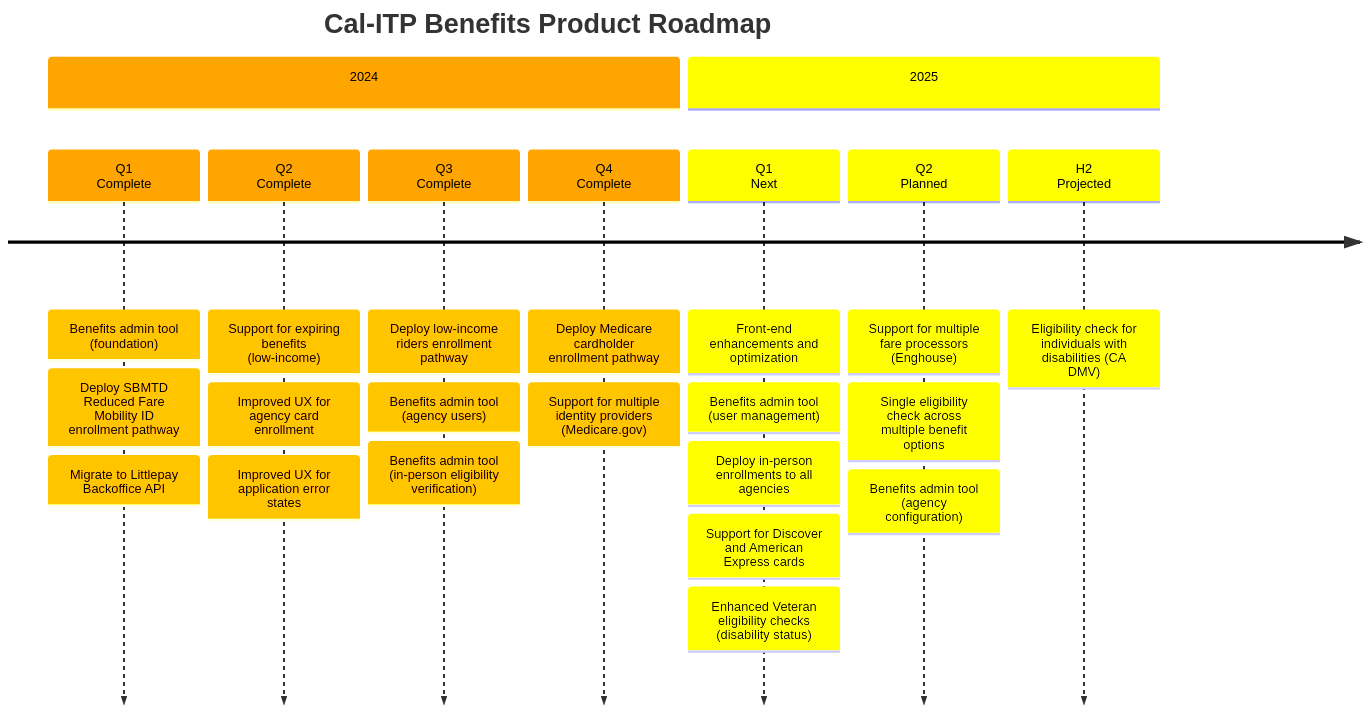
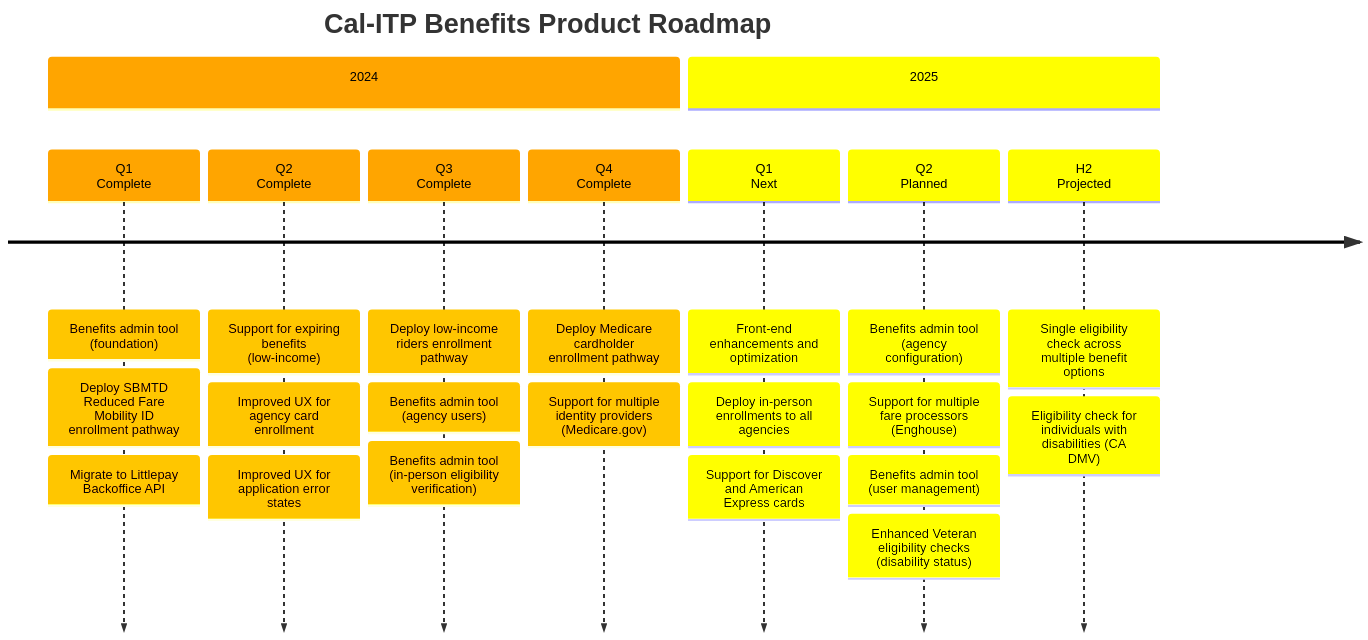
Before and after one commit to cal-itp/benefits: the diagram in docs/enrollment-pathways/README.md, drawn with Mermaid.

Commit message:
docs: roadmap updates

````diff
--- a/docs/enrollment-pathways/README.md
+++ b/docs/enrollment-pathways/README.md
@@ -19,57 +19,56 @@
 ```mermaid
 timeline
     title Cal-ITP Benefits Product Roadmap
 %% Cal-ITP Benefits Epics (2024)
           section 2024
 
           Q1<br>Complete
           : Benefits admin tool (foundation)
           : Deploy SBMTD Reduced Fare Mobility ID enrollment pathway
           : Migrate to Littlepay Backoffice API
 
           Q2<br>Complete
           : Support for expiring benefits (low-income)
           : Improved UX for agency card enrollment
           : Improved UX for application error states
 
           Q3<br>Complete
           : Deploy low-income riders enrollment pathway
           : Benefits admin tool (agency users)
           : Benefits admin tool (in-person eligibility verification)
 
           Q4<br>Complete
           : Deploy Medicare cardholder enrollment pathway
           : Support for multiple identity providers (Medicare.gov)
 
 %% Cal-ITP Benefits Epics (2025)
           section 2025
 
           Q1<br>Next
         : Front-end enhancements and optimization
-        : Benefits admin tool (user management)
         : Deploy in-person enrollments to all agencies
         : Support for Discover and American Express cards
+
+          Q2<br>Planned
+        : Benefits admin tool (agency configuration)
+        : Support for multiple fare processors (Enghouse)
+        : Benefits admin tool (user management)
         : Enhanced Veteran eligibility checks (disability status)
 
-          Q2<br>Planned
-      %%: Deploy Connect Card enrollment pathway to SACOG agencies
-        : Support for multiple fare processors (Enghouse)
+          H2<br>Projected
         : Single eligibility check across multiple benefit options
-        : Benefits admin tool (agency configuration)
-
-          H2<br>Projected
         : Eligibility check for individuals with disabilities (CA DMV)
 
 %%{
   init: {
     'logLevel': 'debug',
     'theme': 'default' ,
     'themeVariables': {
       'cScale0': 'orange',
       'cScaleLabel0': 'black',
       'cScale1': 'yellow',
       'cScaleLabel1': 'black'
     }
   }
 }%%
 ```
````
